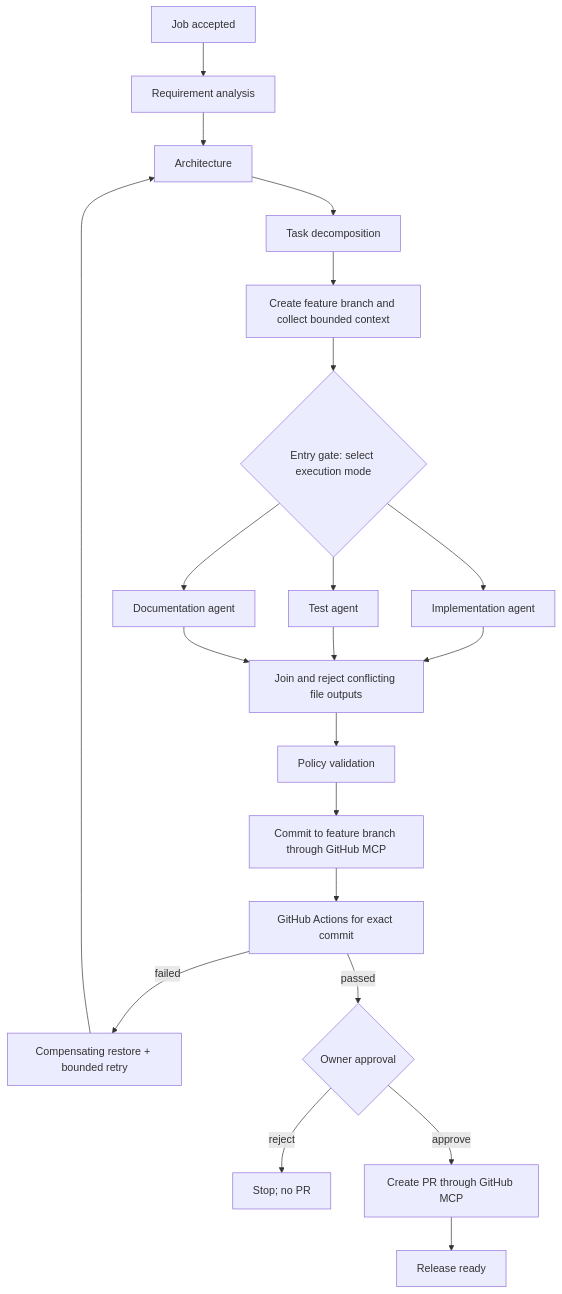
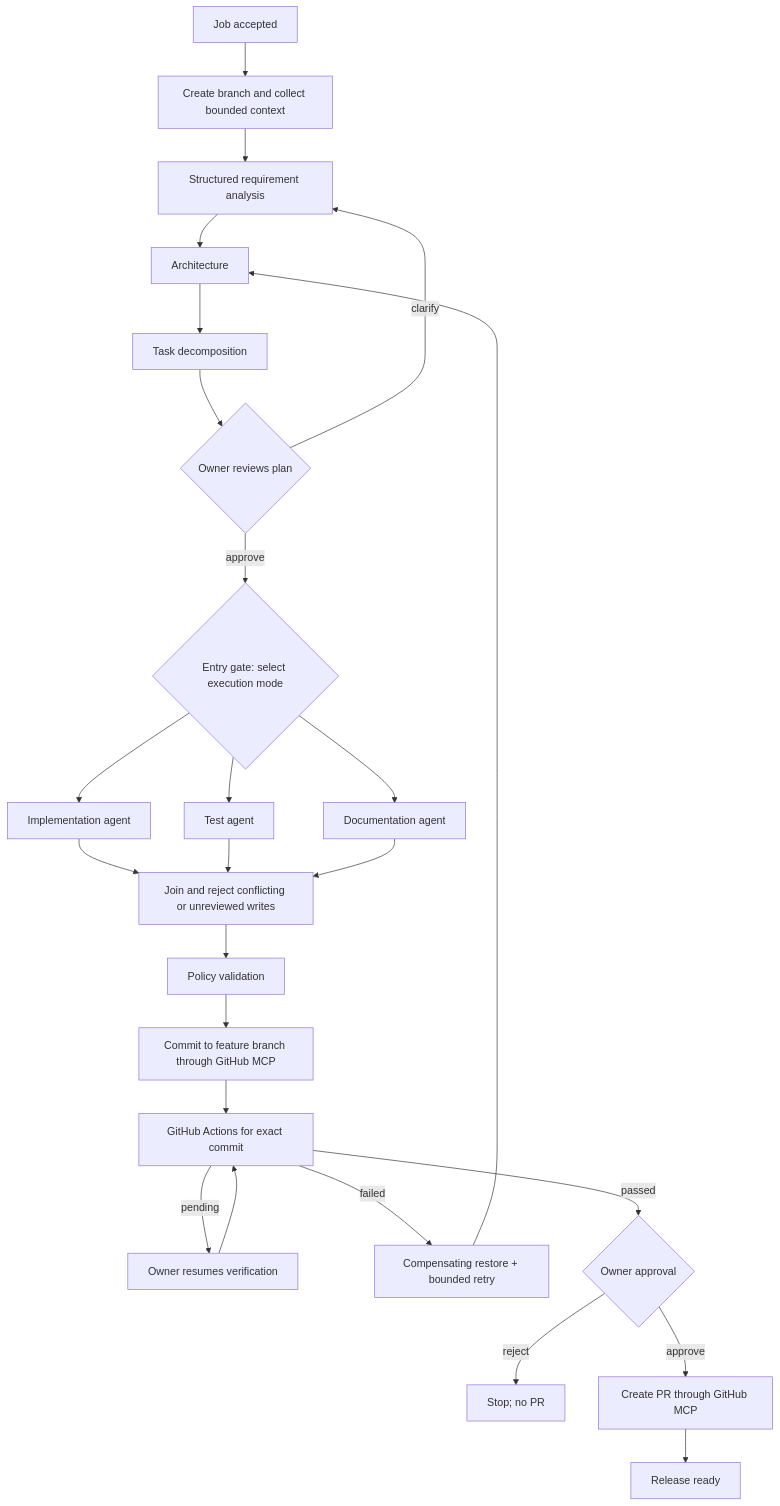
One commit to durga-pasupuleti/agentic-swe-engine changed the diagram in docs/ARCHITECTURE.md. Above: the diagram before and after it, drawn with Mermaid. The commit also changed other lines of this file and 32 other files, not shown here.

````diff
--- a/docs/ARCHITECTURE.md
+++ b/docs/ARCHITECTURE.md
@@ -15,23 +15,27 @@
 ```mermaid
 flowchart TD
-    A[Job accepted] --> B[Requirement analysis]
-    B --> C[Architecture]
-    C --> D[Task decomposition]
-    D --> E[Create feature branch and collect bounded context]
-    E --> F{Entry gate: select execution mode}
-    F --> G1[Implementation agent]
-    F --> G2[Test agent]
-    F --> G3[Documentation agent]
-    G1 --> H[Join and reject conflicting file outputs]
-    G2 --> H
-    G3 --> H
-    H --> I[Policy validation]
-    I --> J[Commit to feature branch through GitHub MCP]
-    J --> K[GitHub Actions for exact commit]
-    K -->|failed| L[Compensating restore + bounded retry]
-    L --> C
-    K -->|passed| M{Owner approval}
-    M -->|reject| N[Stop; no PR]
-    M -->|approve| O[Create PR through GitHub MCP]
-    O --> P[Release ready]
+    A[Job accepted] --> B[Create branch and collect bounded context]
+    B --> C[Structured requirement analysis]
+    C --> D[Architecture]
+    D --> E[Task decomposition]
+    E --> F{Owner reviews plan}
+    F -->|clarify| C
+    F -->|approve| G{Entry gate: select execution mode}
+    G --> H1[Implementation agent]
+    G --> H2[Test agent]
+    G --> H3[Documentation agent]
+    H1 --> I[Join and reject conflicting or unreviewed writes]
+    H2 --> I
+    H3 --> I
+    I --> J[Policy validation]
+    J --> K[Commit to feature branch through GitHub MCP]
+    K --> L[GitHub Actions for exact commit]
+    L -->|pending| M[Owner resumes verification]
+    M --> L
+    L -->|failed| N[Compensating restore + bounded retry]
+    N --> D
+    L -->|passed| O{Owner approval}
+    O -->|reject| P[Stop; no PR]
+    O -->|approve| Q[Create PR through GitHub MCP]
+    Q --> R[Release ready]
 ```
````
